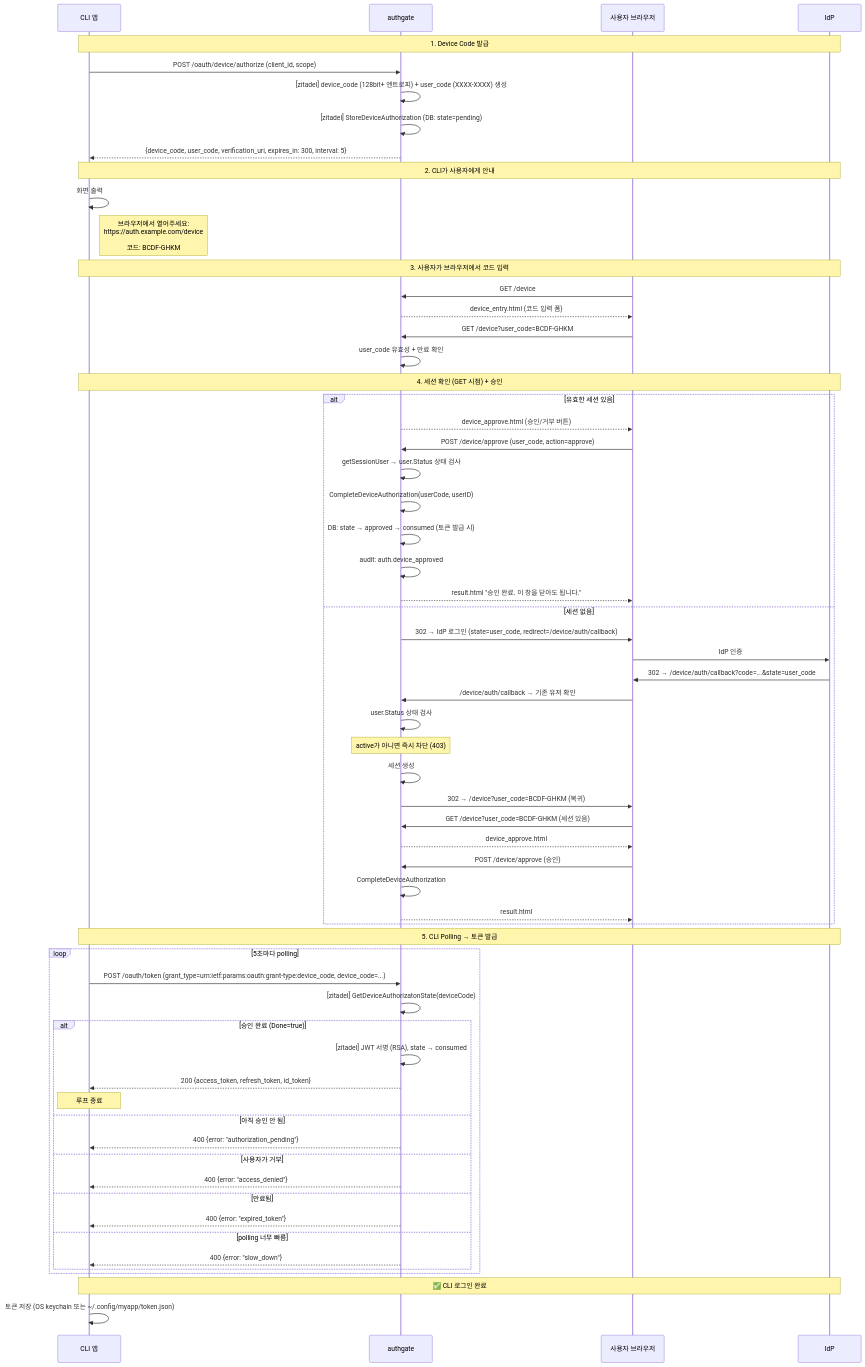
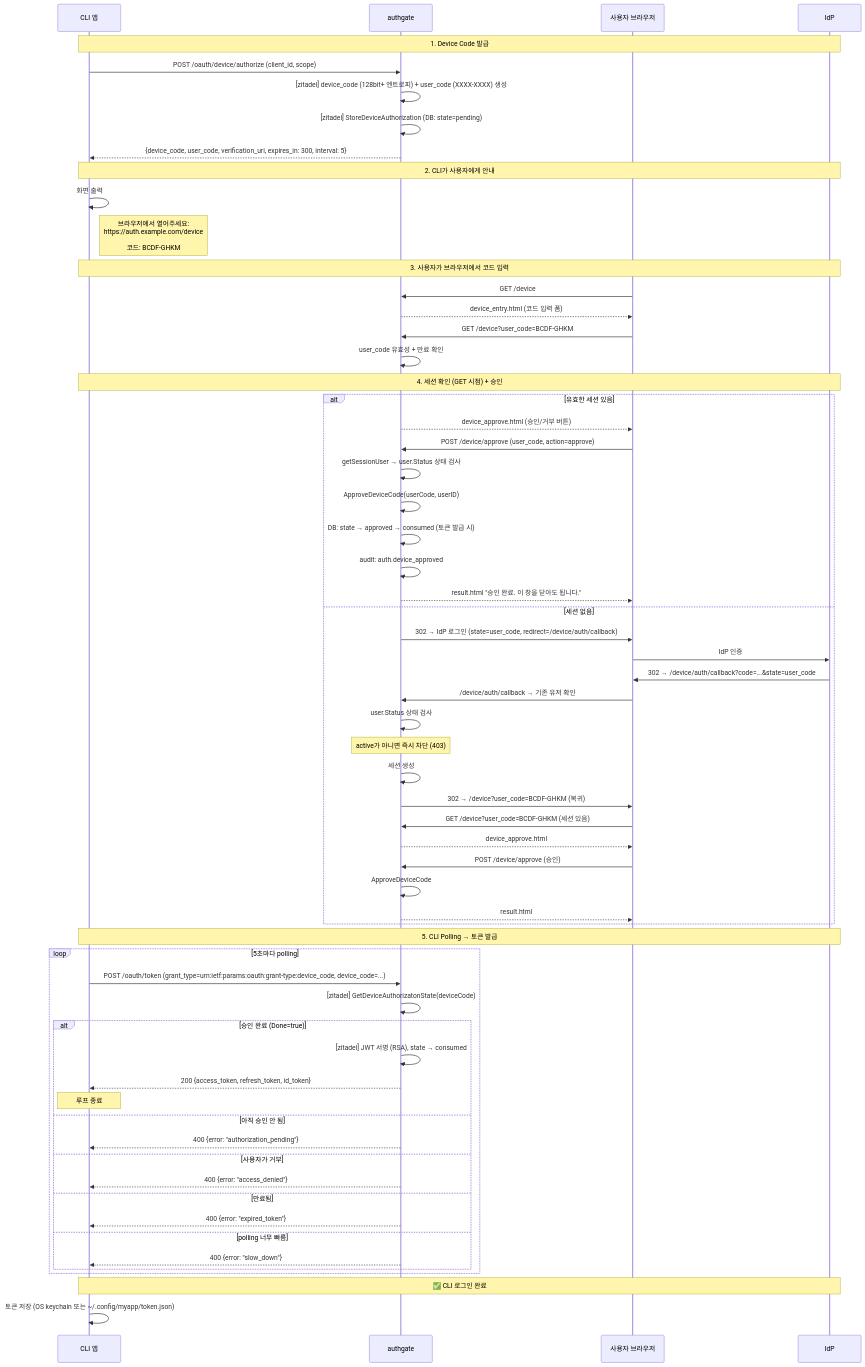
The first of 2 diagrams in docs/spec/003-device-login.md (cagojeiger/authgate), drawn with Mermaid before and after one commit. The commit also changed other lines of this file and 6 other files, not shown here.

````diff
--- a/docs/spec/003-device-login.md
+++ b/docs/spec/003-device-login.md
@@ -38,70 +38,70 @@
 ```mermaid
 sequenceDiagram
     participant CLI as CLI 앱
     participant AG as authgate
     participant U as 사용자 브라우저
     participant IdP as IdP
 
     Note over CLI,IdP: 1. Device Code 발급
     CLI->>AG: POST /oauth/device/authorize (client_id, scope)
     AG->>AG: [zitadel] device_code (128bit+ 엔트로피) + user_code (XXXX-XXXX) 생성
     AG->>AG: [zitadel] StoreDeviceAuthorization (DB: state=pending)
     AG-->>CLI: {device_code, user_code, verification_uri, expires_in: 300, interval: 5}
 
     Note over CLI,IdP: 2. CLI가 사용자에게 안내
     CLI->>CLI: 화면 출력
     Note right of CLI: 브라우저에서 열어주세요:<br/>https://auth.example.com/device<br/><br/>코드: BCDF-GHKM
 
     Note over CLI,IdP: 3. 사용자가 브라우저에서 코드 입력
     U->>AG: GET /device
     AG-->>U: device_entry.html (코드 입력 폼)
     U->>AG: GET /device?user_code=BCDF-GHKM
     AG->>AG: user_code 유효성 + 만료 확인
 
     Note over CLI,IdP: 4. 세션 확인 (GET 시점) + 승인
     alt 유효한 세션 있음
         AG-->>U: device_approve.html (승인/거부 버튼)
         U->>AG: POST /device/approve (user_code, action=approve)
         AG->>AG: getSessionUser → user.Status 상태 검사
-        AG->>AG: CompleteDeviceAuthorization(userCode, userID)
+        AG->>AG: ApproveDeviceCode(userCode, userID)
         AG->>AG: DB: state → approved → consumed (토큰 발급 시)
         AG->>AG: audit: auth.device_approved
         AG-->>U: result.html "승인 완료. 이 창을 닫아도 됩니다."
     else 세션 없음
         AG->>U: 302 → IdP 로그인 (state=user_code, redirect=/device/auth/callback)
         U->>IdP: IdP 인증
         IdP->>U: 302 → /device/auth/callback?code=...&state=user_code
         U->>AG: /device/auth/callback → 기존 유저 확인
         AG->>AG: user.Status 상태 검사
         Note over AG: active가 아니면 즉시 차단 (403)
         AG->>AG: 세션 생성
         AG->>U: 302 → /device?user_code=BCDF-GHKM (복귀)
         U->>AG: GET /device?user_code=BCDF-GHKM (세션 있음)
         AG-->>U: device_approve.html
         U->>AG: POST /device/approve (승인)
-        AG->>AG: CompleteDeviceAuthorization
+        AG->>AG: ApproveDeviceCode
         AG-->>U: result.html
     end
 
     Note over CLI,IdP: 5. CLI Polling → 토큰 발급
     loop 5초마다 polling
         CLI->>AG: POST /oauth/token (grant_type=urn:ietf:params:oauth:grant-type:device_code, device_code=...)
         AG->>AG: [zitadel] GetDeviceAuthorizatonState(deviceCode)
         alt 승인 완료 (Done=true)
             AG->>AG: [zitadel] JWT 서명 (RSA), state → consumed
             AG-->>CLI: 200 {access_token, refresh_token, id_token}
             Note over CLI: 루프 종료
         else 아직 승인 안 됨
             AG-->>CLI: 400 {error: "authorization_pending"}
         else 사용자가 거부
             AG-->>CLI: 400 {error: "access_denied"}
         else 만료됨
             AG-->>CLI: 400 {error: "expired_token"}
         else polling 너무 빠름
             AG-->>CLI: 400 {error: "slow_down"}
         end
     end
 
     Note over CLI,IdP: ✅ CLI 로그인 완료
     CLI->>CLI: 토큰 저장 (OS keychain 또는 ~/.config/myapp/token.json)
 ```
````
